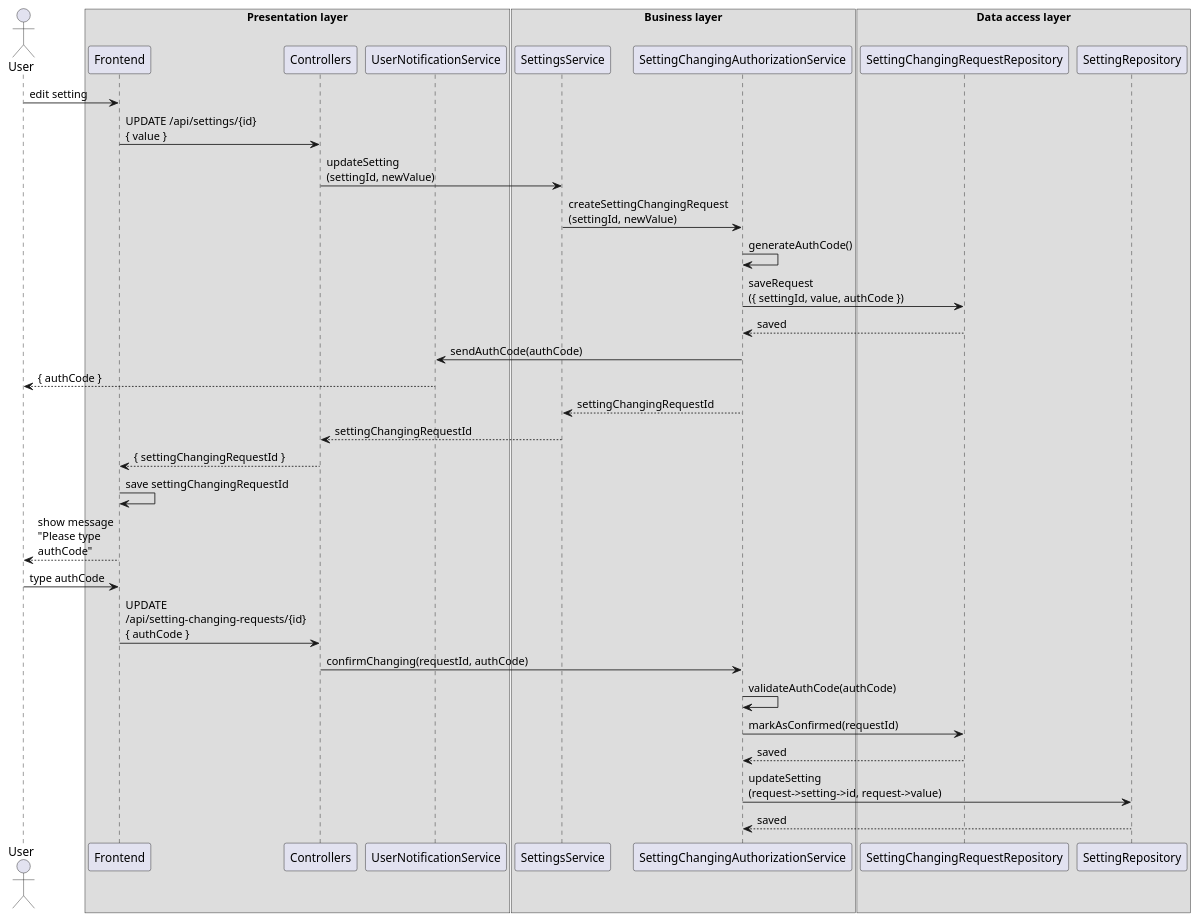
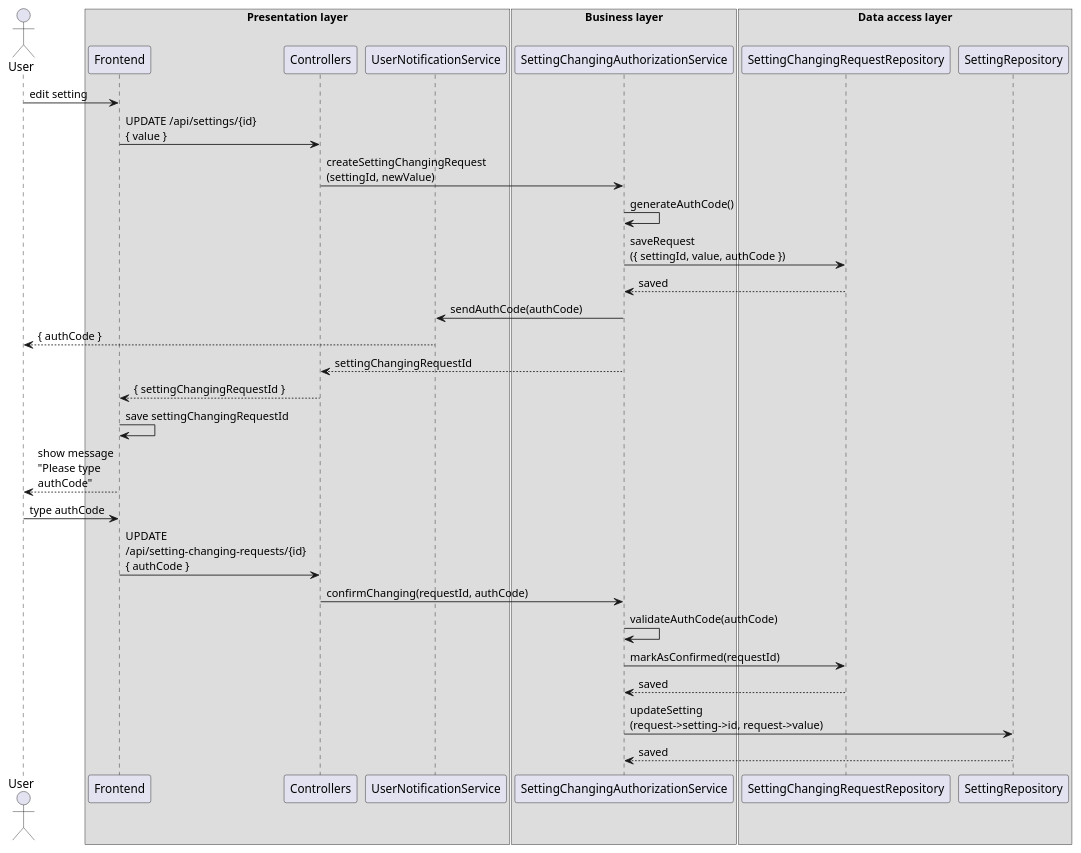
Before and after one commit to alx-sychev/setting-changing-authorization: the diagram in docs/sequence.plantuml, drawn with PlantUML.

Commit message:
change sequence diagram

```diff
--- a/docs/sequence.plantuml
+++ b/docs/sequence.plantuml
@@ -1,47 +1,44 @@
 @startuml sequence
 
 actor User
 
 box "Presentation layer"
     participant Frontend
     participant Controllers
     participant UserNotificationService
 endbox
 
 box "Business layer"
-    participant SettingsService
     participant SettingChangingAuthorizationService
 endbox
 
 box "Data access layer"
     participant SettingChangingRequestRepository
     participant SettingRepository
 endbox
 
 User -> Frontend : edit setting
 Frontend -> Controllers: UPDATE /api/settings/{id}\n{ value }
-Controllers-> SettingsService : updateSetting\n(settingId, newValue)
 
-SettingsService -> SettingChangingAuthorizationService : createSettingChangingRequest\n(settingId, newValue)
+Controllers -> SettingChangingAuthorizationService : createSettingChangingRequest\n(settingId, newValue)
 SettingChangingAuthorizationService -> SettingChangingAuthorizationService : generateAuthCode()
 SettingChangingAuthorizationService -> SettingChangingRequestRepository : saveRequest\n({ settingId, value, authCode })
 SettingChangingRequestRepository --> SettingChangingAuthorizationService  : saved
 SettingChangingAuthorizationService  -> UserNotificationService : sendAuthCode(authCode) 
 UserNotificationService --> User : { authCode }
 
-SettingChangingAuthorizationService --> SettingsService : settingChangingRequestId
-SettingsService --> Controllers : settingChangingRequestId
+SettingChangingAuthorizationService --> Controllers : settingChangingRequestId
 Controllers --> Frontend : { settingChangingRequestId }
 Frontend -> Frontend : save settingChangingRequestId 
 
 Frontend --> User : show message\n"Please type\nauthCode"
 User -> Frontend : type authCode
 Frontend -> Controllers: UPDATE\n/api/setting-changing-requests/{id}\n{ authCode }
 Controllers-> SettingChangingAuthorizationService : confirmChanging(requestId, authCode)
 SettingChangingAuthorizationService -> SettingChangingAuthorizationService : validateAuthCode(authCode)
 SettingChangingAuthorizationService -> SettingChangingRequestRepository : markAsConfirmed(requestId)
 SettingChangingRequestRepository --> SettingChangingAuthorizationService : saved
 SettingChangingAuthorizationService -> SettingRepository : updateSetting\n(request->setting->id, request->value)
 SettingRepository  --> SettingChangingAuthorizationService : saved
 
 @enduml
```
